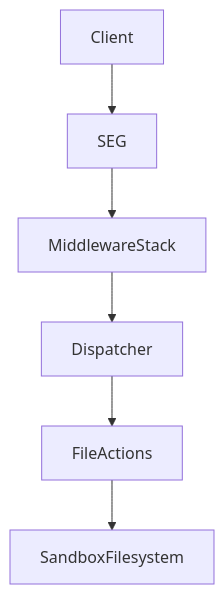
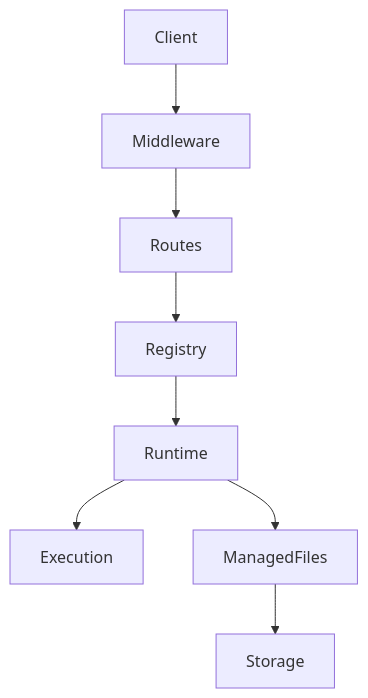
One commit to Libertocrat/seg changed the second of 4 diagrams in README.md. Above: the diagram before and after it, drawn with Mermaid. The commit also changed other lines of this file and 9 other files, not shown here.

````diff
--- a/README.md
+++ b/README.md
@@ -191,8 +187,10 @@
 ```mermaid
 flowchart TD
-Client --> SEG
-SEG --> MiddlewareStack
-MiddlewareStack --> Dispatcher
-Dispatcher --> FileActions
-FileActions --> SandboxFilesystem
+Client --> Middleware
+Middleware --> Routes
+Routes --> Registry
+Registry --> Runtime
+Runtime --> Execution
+Runtime --> ManagedFiles
+ManagedFiles --> Storage
 ```
````
